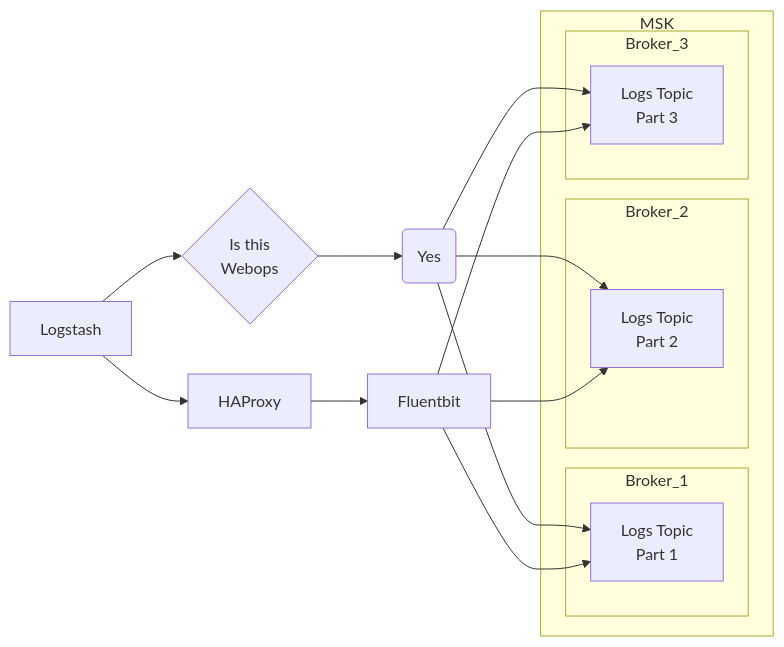
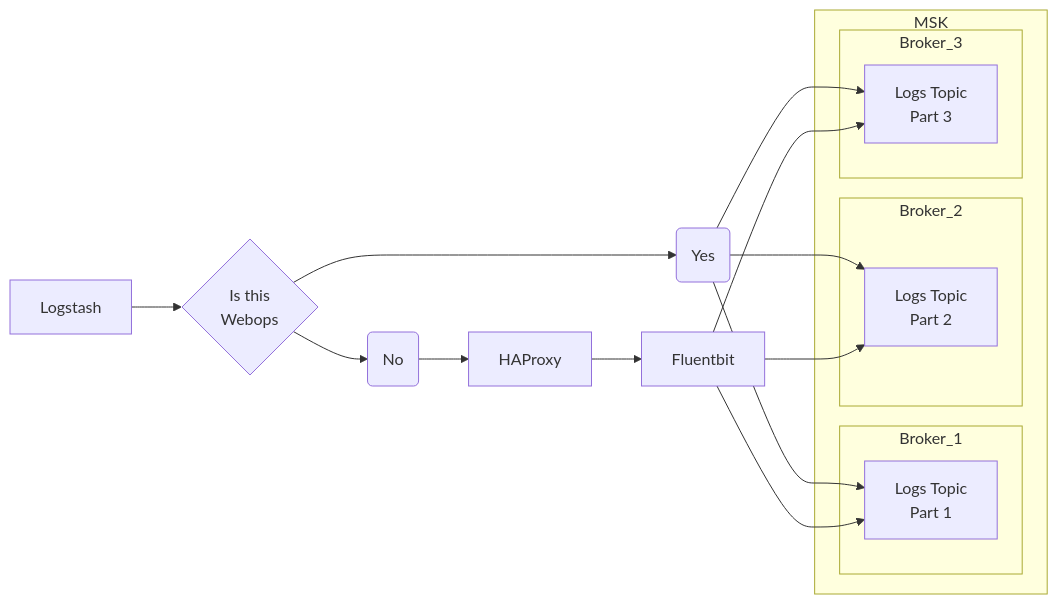
One commit to Saskia-MDTP/can-hedgehogs-fly changed the second of 2 diagrams in README.md. Above: the diagram before and after it, drawn with Mermaid.

````diff
--- a/README.md
+++ b/README.md
@@ -15,23 +15,24 @@
 ```mermaid
   graph LR;
       subgraph MSK
           subgraph Broker_1
               P1[Logs Topic<br/>Part 1];
            end
           subgraph Broker_2
               P2[Logs Topic<br/>Part 2];
            end
           subgraph Broker_3
               P3[Logs Topic<br/>Part 3];
            end
        end
        Logstash-->Q{Is this<br/>Webops}
        Q-->Yes(Yes);
        Yes-->P1;
        Yes-->P2;
        Yes-->P3;
-       Logstash-->HAProxy-->Fluentbit;
+       Q-->No(No);
+       No-->HAProxy-->Fluentbit;
        Fluentbit-->P1;
        Fluentbit-->P2;
        Fluentbit-->P3;
 ```
````
